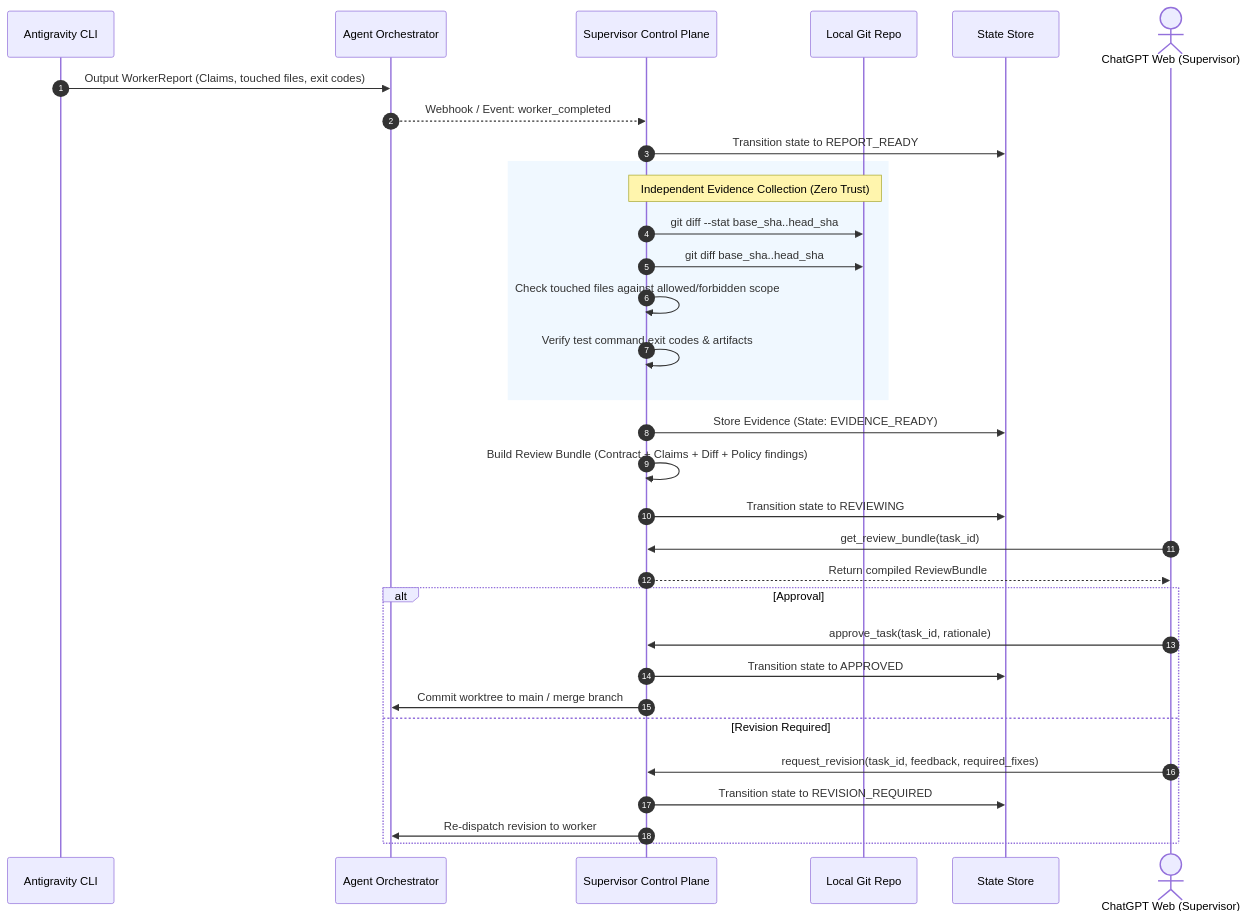
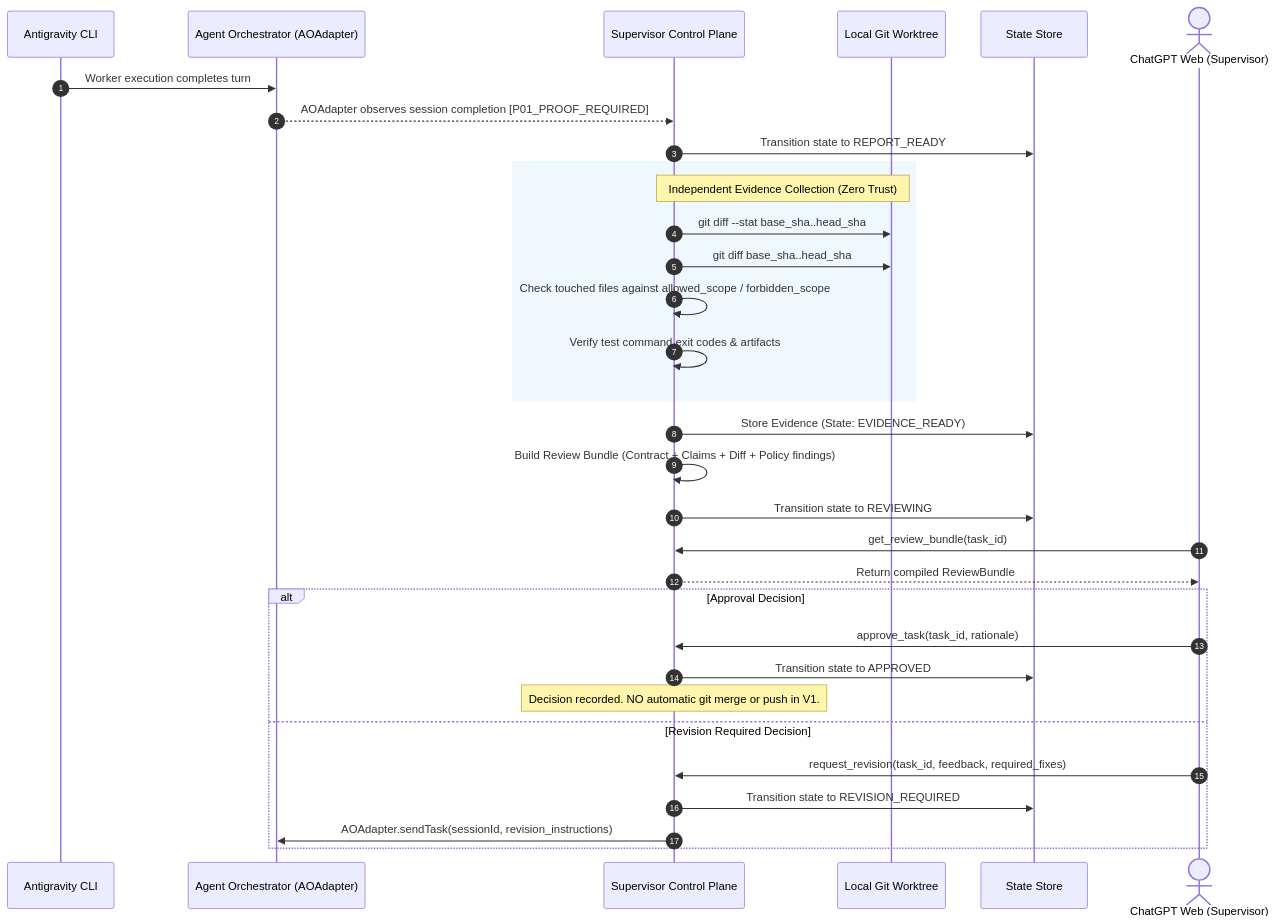
The second of 2 diagrams in docs/04_ARCHITECTURE.md (trungqwe/ai-supervisor), drawn with Mermaid before and after one commit. The commit also changed other lines of this file and 10 other files, not shown here.

Commit message:
docs: reconcile architecture with verified upstream boundaries

````diff
--- a/docs/04_ARCHITECTURE.md
+++ b/docs/04_ARCHITECTURE.md
@@ -83,39 +84,39 @@
 ```mermaid
 sequenceDiagram
     autonumber
     participant Agy as Antigravity CLI
-    participant AO as Agent Orchestrator
+    participant AO as Agent Orchestrator (AOAdapter)
     participant SCP as Supervisor Control Plane
-    participant Git as Local Git Repo
+    participant Git as Local Git Worktree
     participant DB as State Store
     actor ChatGPT as ChatGPT Web (Supervisor)
 
-    Agy->>AO: Output WorkerReport (Claims, touched files, exit codes)
-    AO-->>SCP: Webhook / Event: worker_completed
+    Agy->>AO: Worker execution completes turn
+    AO-->>SCP: AOAdapter observes session completion [P01_PROOF_REQUIRED]
     SCP->>DB: Transition state to REPORT_READY
     
     rect rgb(240, 248, 255)
         Note over SCP,Git: Independent Evidence Collection (Zero Trust)
         SCP->>Git: git diff --stat base_sha..head_sha
         SCP->>Git: git diff base_sha..head_sha
-        SCP->>SCP: Check touched files against allowed/forbidden scope
+        SCP->>SCP: Check touched files against allowed_scope / forbidden_scope
         SCP->>SCP: Verify test command exit codes & artifacts
     end
 
     SCP->>DB: Store Evidence (State: EVIDENCE_READY)
     SCP->>SCP: Build Review Bundle (Contract + Claims + Diff + Policy findings)
     SCP->>DB: Transition state to REVIEWING
     
     ChatGPT->>SCP: get_review_bundle(task_id)
     SCP-->>ChatGPT: Return compiled ReviewBundle
     
-    alt Approval
+    alt Approval Decision
         ChatGPT->>SCP: approve_task(task_id, rationale)
         SCP->>DB: Transition state to APPROVED
-        SCP->>AO: Commit worktree to main / merge branch
-    else Revision Required
+        Note over SCP: Decision recorded. NO automatic git merge or push in V1.
+    else Revision Required Decision
         ChatGPT->>SCP: request_revision(task_id, feedback, required_fixes)
         SCP->>DB: Transition state to REVISION_REQUIRED
-        SCP->>AO: Re-dispatch revision to worker
+        SCP->>AO: AOAdapter.sendTask(sessionId, revision_instructions)
     end
 ```
````
